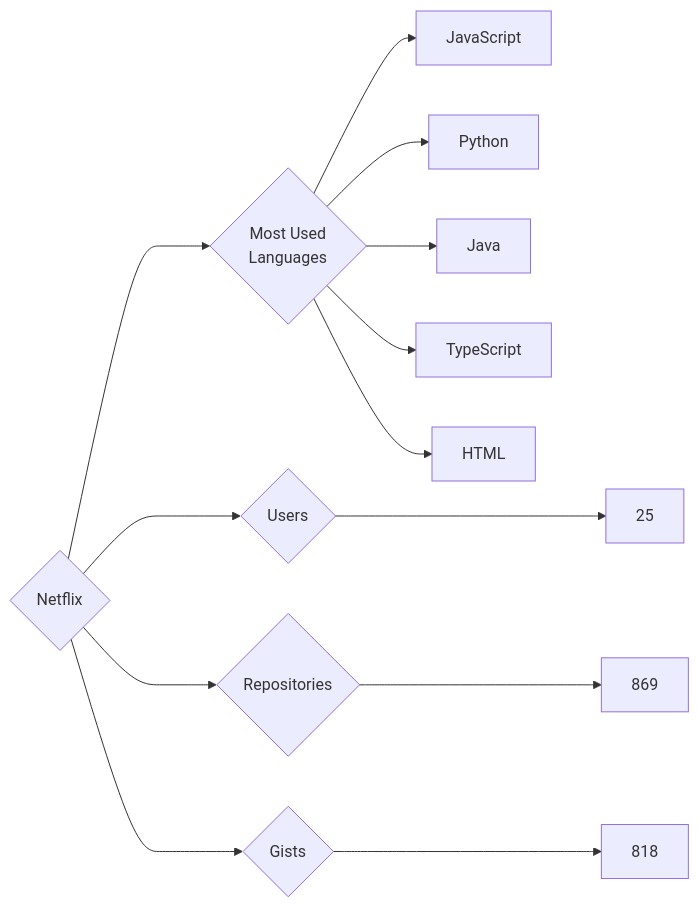
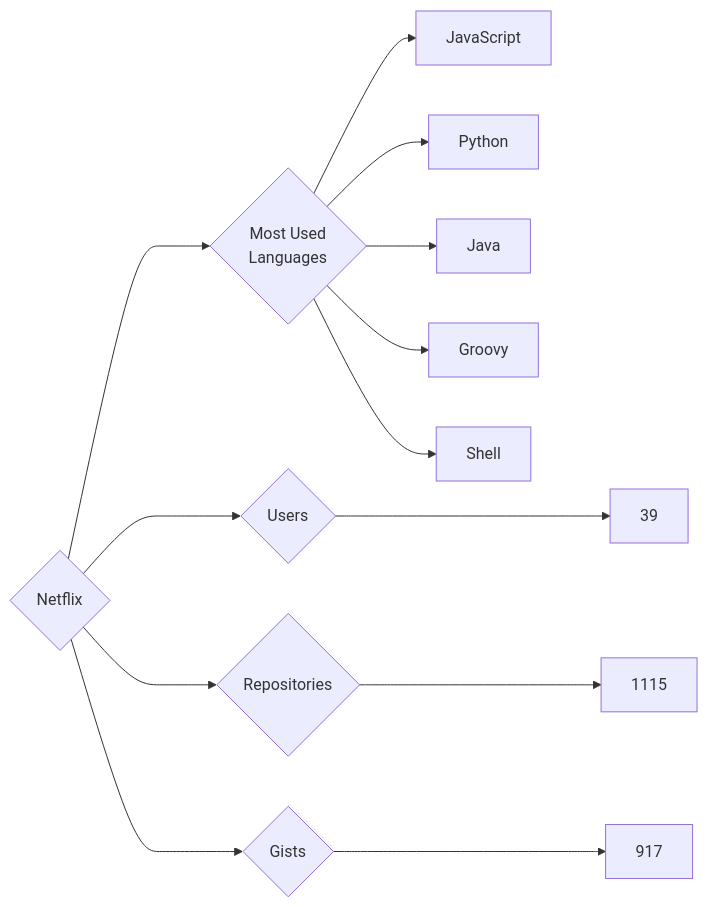
The diagram in targets/Netflix/README.md (trickest/insiders), drawn with Mermaid before and after one commit. The commit also changed 895 other files, not shown here.

````diff
--- a/targets/Netflix/README.md
+++ b/targets/Netflix/README.md
@@ -3,13 +3,13 @@
 ```mermaid
 graph LR
 COMPANY_NAME{Netflix}
-COMPANY_NAME ---> U{Users} ---> UN[25]
-COMPANY_NAME ---> R{Repositories} ---> RN[869]
-COMPANY_NAME ---> G{Gists} ---> GN[818]
+COMPANY_NAME ---> U{Users} ---> UN[39]
+COMPANY_NAME ---> R{Repositories} ---> RN[1115]
+COMPANY_NAME ---> G{Gists} ---> GN[917]
 COMPANY_NAME ---> ML{Most Used<br>Languages}
 ML --> JavaScript[JavaScript]
 ML --> Python[Python]
 ML --> Java[Java]
-ML --> TypeScript[TypeScript]
-ML --> HTML[HTML]
+ML --> Groovy[Groovy]
+ML --> Shell[Shell]
 ```
````
